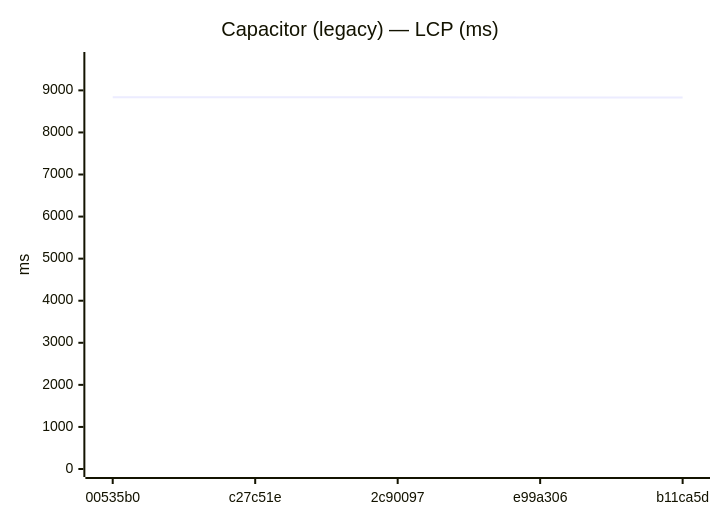
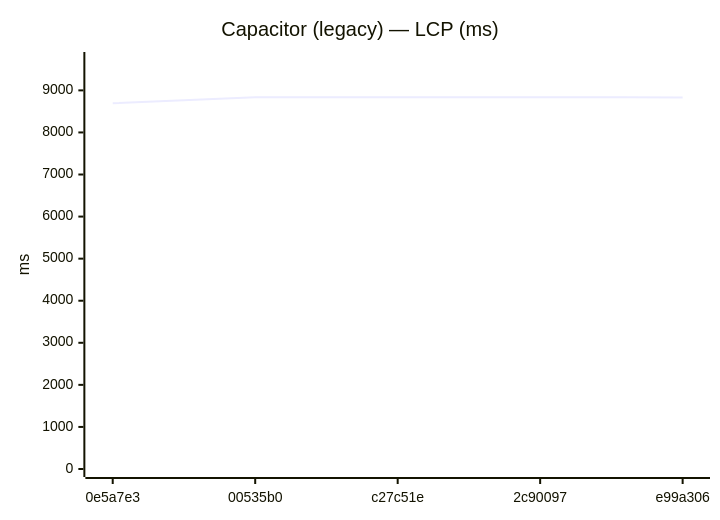
One commit to Metaheurist/Rianell changed diagram 13 of 24 in benchmarks/compare.md. Above: the diagram before and after it, drawn with Mermaid. The commit also changed other lines of this file and 12 other files, not shown here.

````diff
--- a/benchmarks/compare.md
+++ b/benchmarks/compare.md
@@ -174,7 +178,7 @@
 ```mermaid
 xychart-beta
     title "Capacitor (legacy) — LCP (ms)"
-    x-axis ["00535b0", "c27c51e", "2c90097", "e99a306", "b11ca5d"]
+    x-axis ["0e5a7e3", "00535b0", "c27c51e", "2c90097", "e99a306"]
     y-axis "ms" 0 --> 9722
-    line [8834, 8838, 8835, 8833, 8830]
+    line [8693, 8834, 8838, 8835, 8833]
 ```
````
